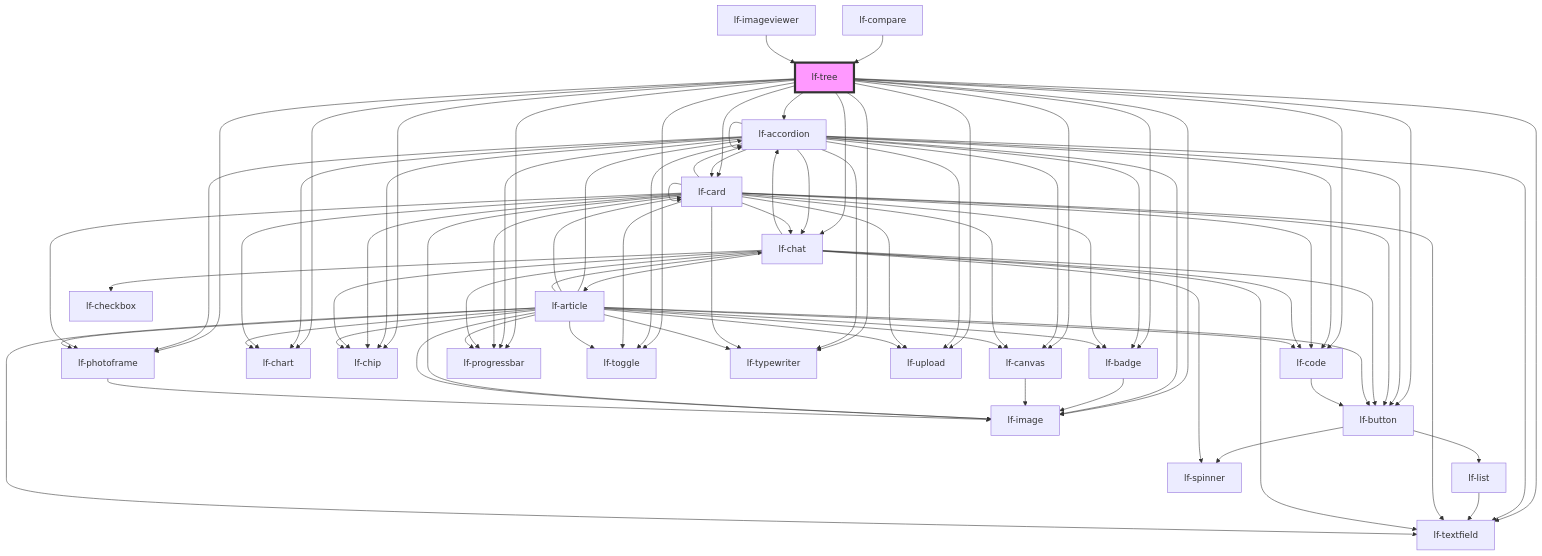
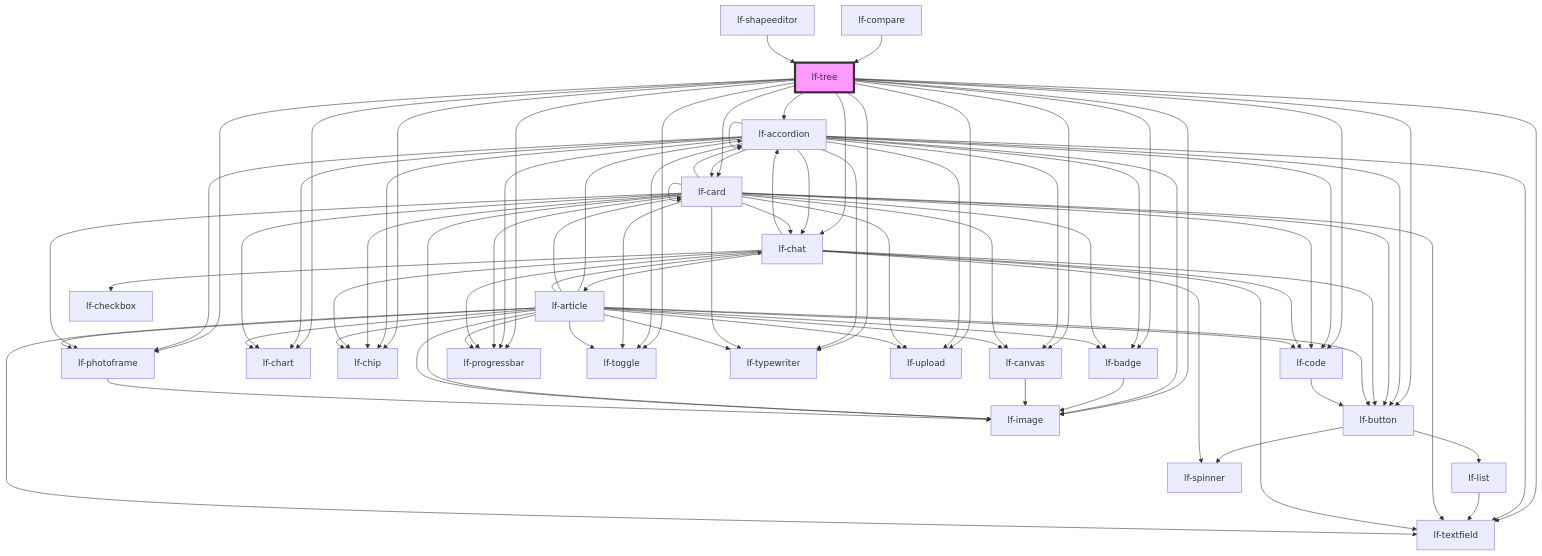
The diagram in packages/core/src/components/lf-tree/readme.md (lucafoscili/lf-widgets), drawn with Mermaid before and after one commit. The commit also changed other lines of this file and 27 other files, not shown here.

````diff
--- a/packages/core/src/components/lf-tree/readme.md
+++ b/packages/core/src/components/lf-tree/readme.md
@@ -282,6 +282,6 @@
   lf-code --> lf-button
   lf-photoframe --> lf-image
   lf-compare --> lf-tree
-  lf-imageviewer --> lf-tree
+  lf-shapeeditor --> lf-tree
   style lf-tree fill:#f9f,stroke:#333,stroke-width:4px
 ```
````
